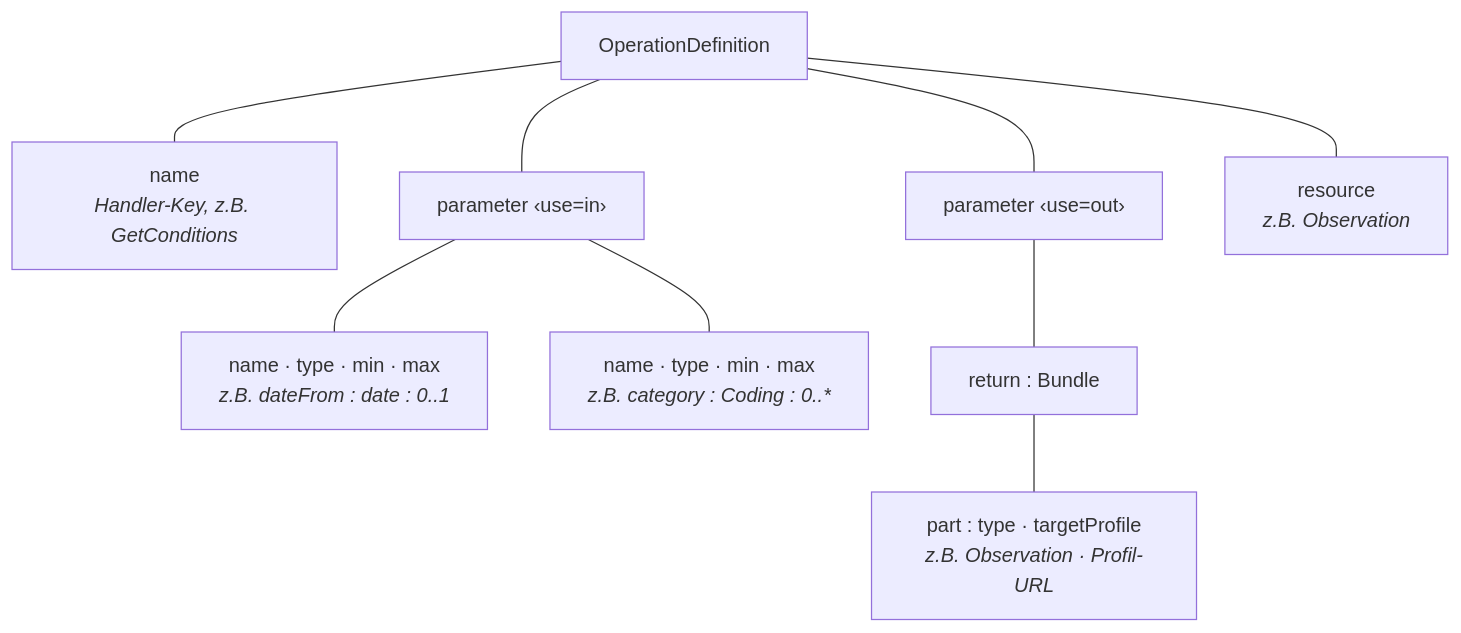
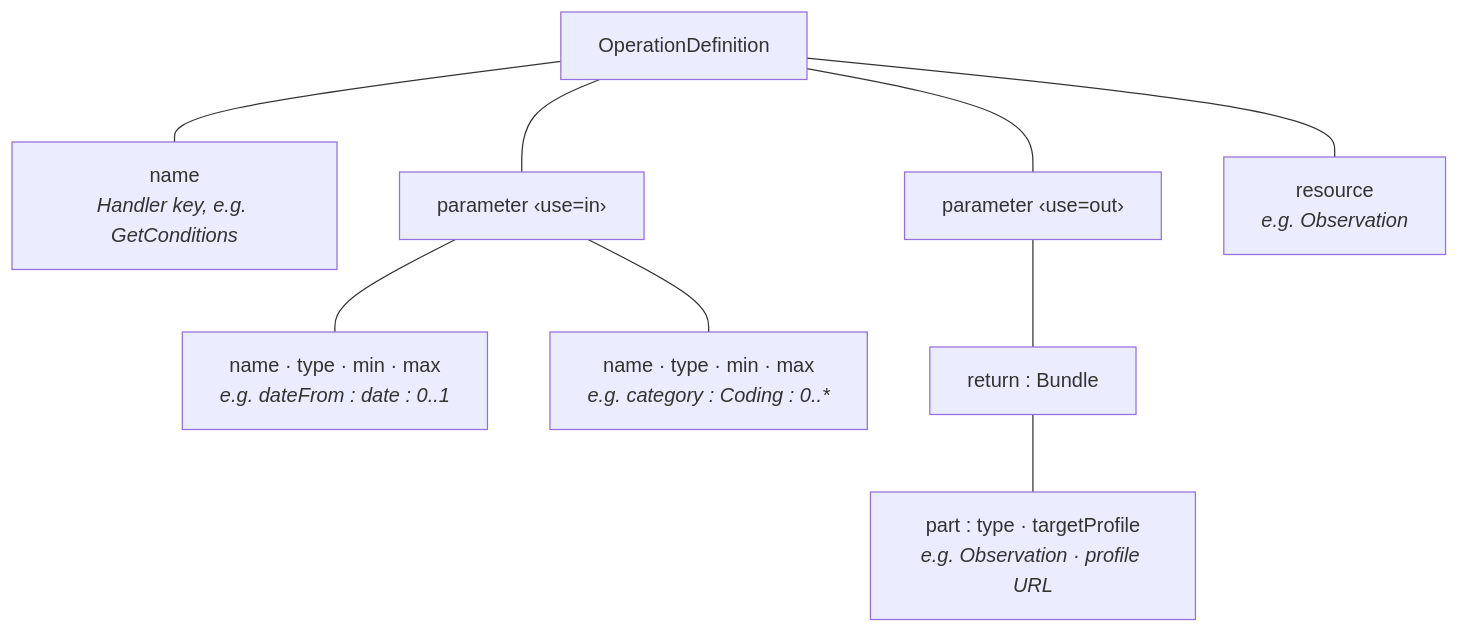
The second of 4 diagrams in PDS_INTEGRATION.md (forschungsgruppe-digital-health/pds-query-broker), drawn with Mermaid before and after one commit. The commit also changed other lines of this file and 40 other files, not shown here.

````diff
--- a/PDS_INTEGRATION.md
+++ b/PDS_INTEGRATION.md
@@ -165,20 +165,20 @@
 ```mermaid
 graph TB
     OPDEF["OperationDefinition"]
-    NAME["name<br/><i>Handler-Key, z.B. GetConditions</i>"]
+    NAME["name<br/><i>Handler key, e.g. GetConditions</i>"]
     IN["parameter ‹use=in›"]
     OUT["parameter ‹use=out›"]
-    P1["name · type · min · max<br/><i>z.B. dateFrom : date : 0..1</i>"]
-    P2["name · type · min · max<br/><i>z.B. category : Coding : 0..*</i>"]
+    P1["name · type · min · max<br/><i>e.g. dateFrom : date : 0..1</i>"]
+    P2["name · type · min · max<br/><i>e.g. category : Coding : 0..*</i>"]
     RET["return : Bundle"]
-    PART["part : type · targetProfile<br/><i>z.B. Observation · Profil-URL</i>"]
-    RES["resource<br/><i>z.B. Observation</i>"]
+    PART["part : type · targetProfile<br/><i>e.g. Observation · profile URL</i>"]
+    RES["resource<br/><i>e.g. Observation</i>"]
 
     OPDEF --- NAME
     OPDEF --- IN
     OPDEF --- OUT
     OPDEF --- RES
     IN --- P1
     IN --- P2
     OUT --- RET --- PART
 ```
````
